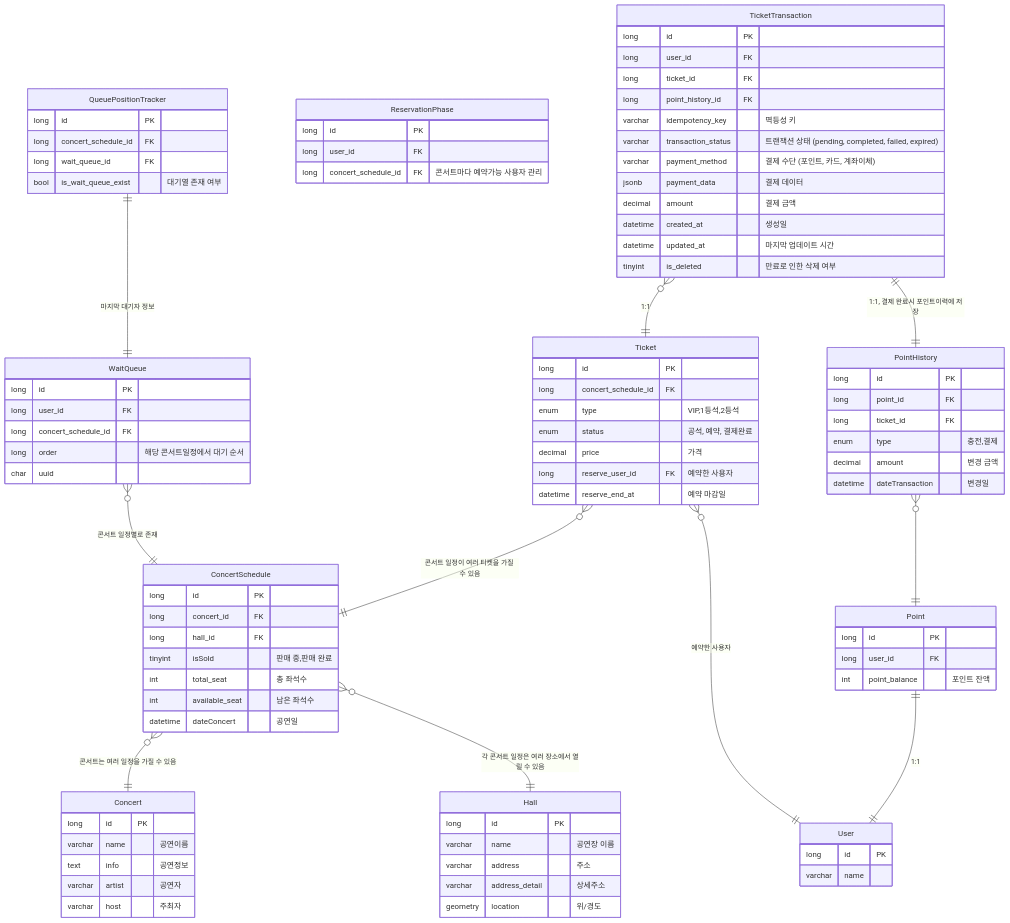
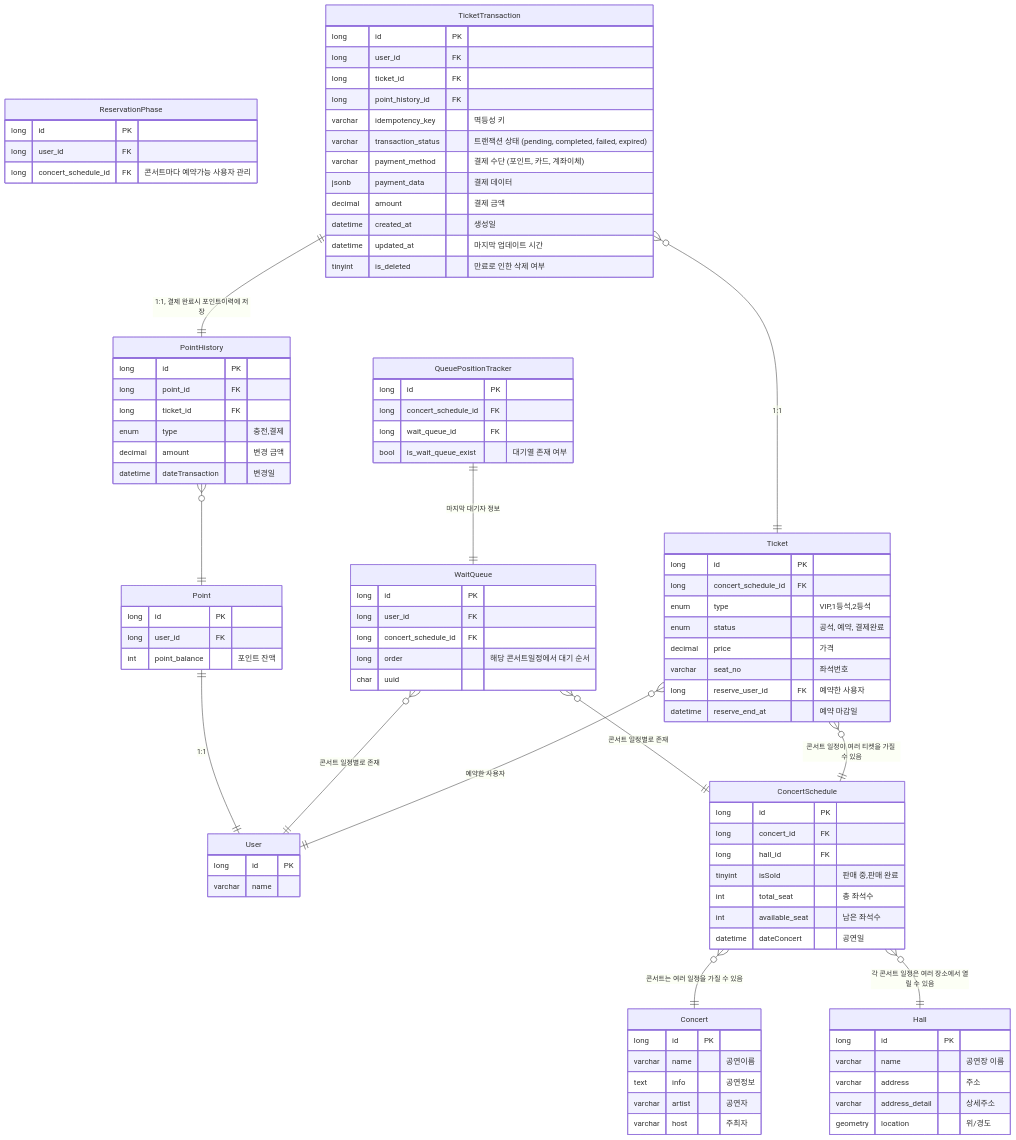
One commit to chawchaw/concert changed the diagram in doc/erd.md. Above: the diagram before and after it, drawn with Mermaid. The commit also changed 1 other file, not shown here.

Commit message:
티켓에 좌석정보 업데이트

```diff
--- a/doc/erd.md
+++ b/doc/erd.md
@@ -75,6 +75,7 @@
         char uuid
     }
     WaitQueue }o--|| ConcertSchedule : "콘서트 일정별로 존재"
+    WaitQueue }o--|| User : "콘서트 일정별로 존재"
 
     QueuePositionTracker {
         long id PK
@@ -124,6 +125,7 @@
         enum type "VIP,1등석,2등석"
         enum status "공석, 예약, 결제완료"
         decimal price "가격"
+        varchar seat_no "좌석번호"
         long reserve_user_id FK "예약한 사용자"
         datetime reserve_end_at "예약 마감일"
     }
```
